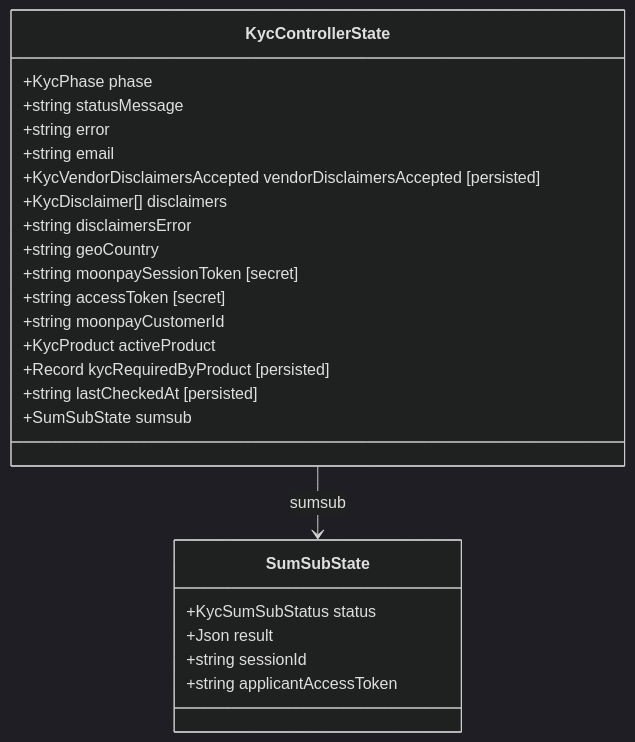
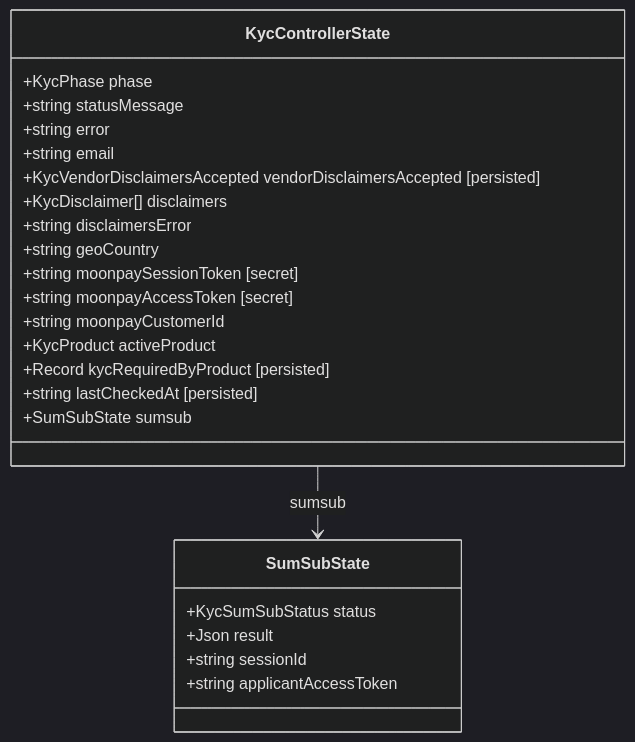
Before and after one commit to MetaMask/core: the second of 10 diagrams in packages/kyc-controller/ARCHITECTURE.md, drawn with Mermaid (dark theme). The commit also changed other lines of this file and 3 other files, not shown here.

Commit message:
rename accessToken to moonpayAccessToken

````diff
--- a/packages/kyc-controller/ARCHITECTURE.md
+++ b/packages/kyc-controller/ARCHITECTURE.md
@@ -173,27 +173,27 @@
 ```mermaid
 classDiagram
     class KycControllerState {
         +KycPhase phase
         +string statusMessage
         +string error
         +string email
         +KycVendorDisclaimersAccepted vendorDisclaimersAccepted [persisted]
         +KycDisclaimer[] disclaimers
         +string disclaimersError
         +string geoCountry
         +string moonpaySessionToken [secret]
-        +string accessToken [secret]
+        +string moonpayAccessToken [secret]
         +string moonpayCustomerId
         +KycProduct activeProduct
         +Record kycRequiredByProduct [persisted]
         +string lastCheckedAt [persisted]
         +SumSubState sumsub
     }
     class SumSubState {
         +KycSumSubStatus status
         +Json result
         +string sessionId
         +string applicantAccessToken
     }
     KycControllerState --> SumSubState : sumsub
 ```
````
